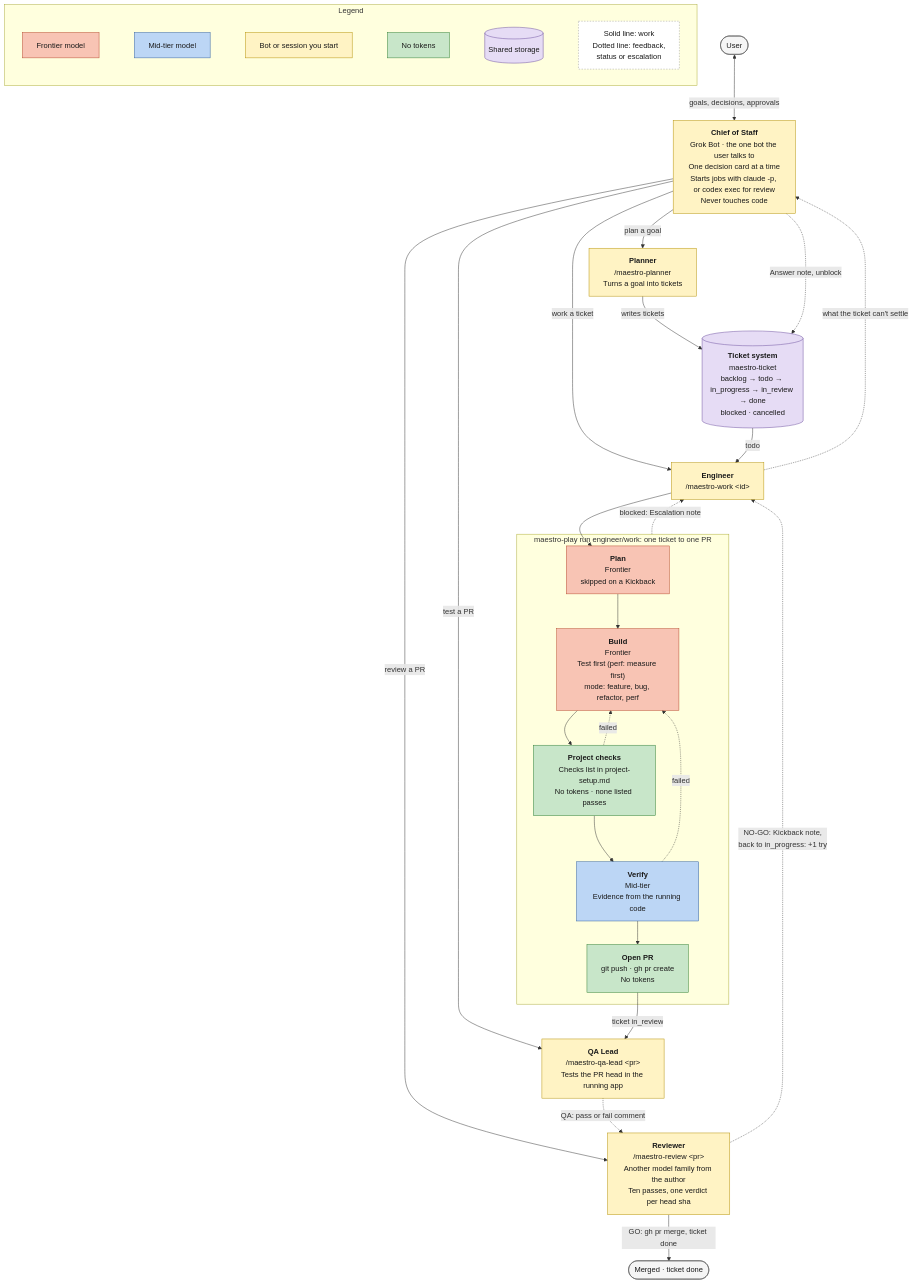
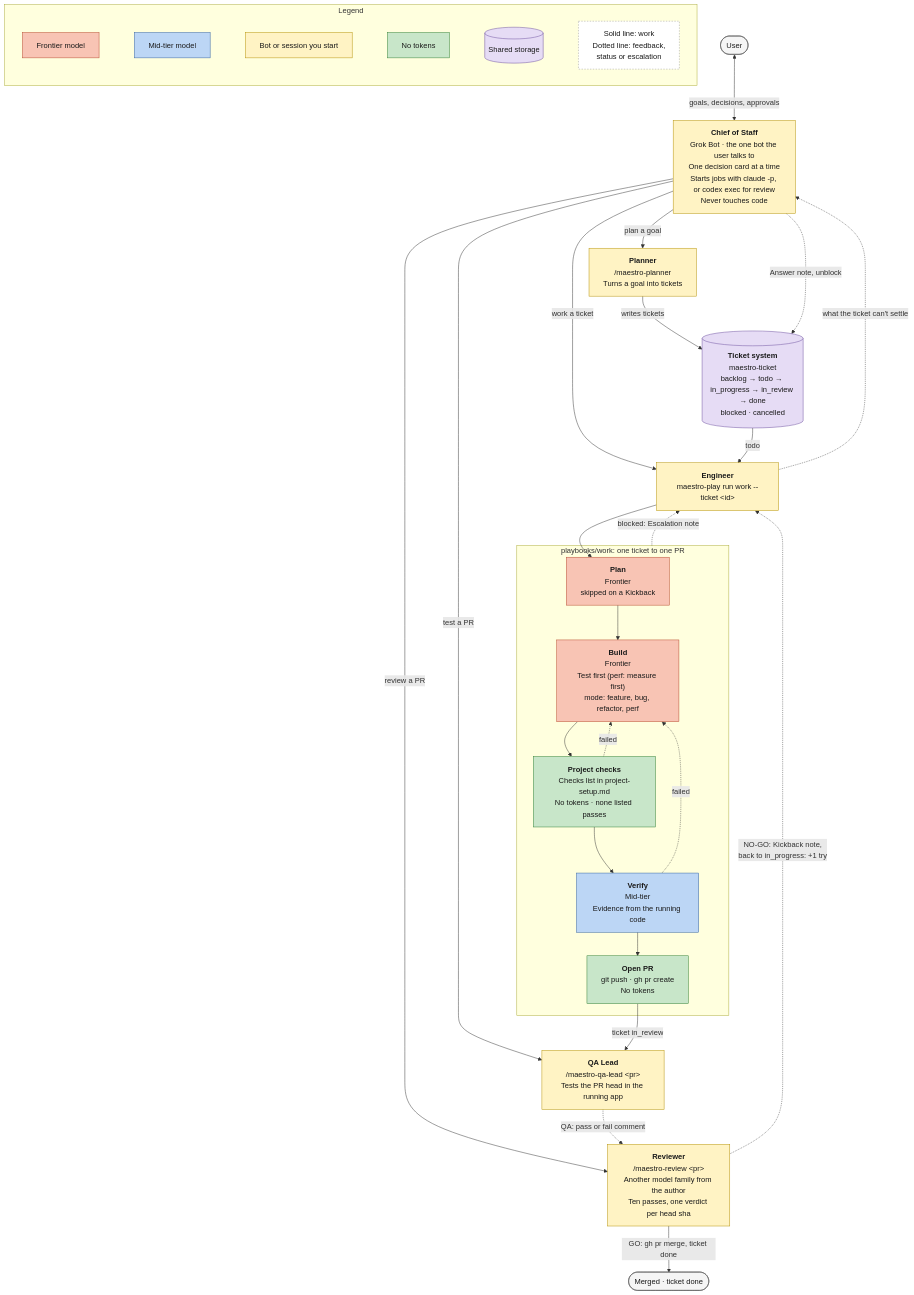
The diagram in docs/team.mermaid (ProlesDei/maestro), drawn with Mermaid before and after one commit. The commit also changed 75 other files, not shown here.

```diff
--- a/docs/team.mermaid
+++ b/docs/team.mermaid
@@ -1,70 +1,70 @@
 flowchart TD
     User([User])
 
     CoS["<b>Chief of Staff</b><br/>Grok Bot · the one bot the user talks to<br/>One decision card at a time<br/>Starts jobs with claude -p, or codex exec for review<br/>Never touches code"]
     Planner["<b>Planner</b><br/>/maestro-planner<br/>Turns a goal into tickets"]
     Tickets[("<b>Ticket system</b><br/>maestro-ticket<br/>backlog → todo → in_progress → in_review → done<br/>blocked · cancelled")]
 
-    Eng["<b>Engineer</b><br/>/maestro-work &lt;id&gt;"]
+    Eng["<b>Engineer</b><br/>maestro-play run work --ticket &lt;id&gt;"]
 
-    subgraph Work ["maestro-play run engineer/work: one ticket to one PR"]
+    subgraph Work ["playbooks/work: one ticket to one PR"]
         Plan["<b>Plan</b><br/>Frontier<br/>skipped on a Kickback"]
         Build["<b>Build</b><br/>Frontier<br/>Test first (perf: measure first)<br/>mode: feature, bug, refactor, perf"]
         Checks["<b>Project checks</b><br/>Checks list in project-setup.md<br/>No tokens · none listed passes"]
         Verify["<b>Verify</b><br/>Mid-tier<br/>Evidence from the running code"]
         PR["<b>Open PR</b><br/>git push · gh pr create<br/>No tokens"]
     end
 
     QA["<b>QA Lead</b><br/>/maestro-qa-lead &lt;pr&gt;<br/>Tests the PR head in the running app"]
     Rev["<b>Reviewer</b><br/>/maestro-review &lt;pr&gt;<br/>Another model family from the author<br/>Ten passes, one verdict per head sha"]
     Done([Merged · ticket done])
 
     %% User and Chief of Staff
     User <-->|"goals, decisions, approvals"| CoS
 
     %% The Chief of Staff starts each job
     CoS -->|"plan a goal"| Planner
     CoS -->|"work a ticket"| Eng
     CoS -->|"test a PR"| QA
     CoS -->|"review a PR"| Rev
 
     %% Planning
     Planner -->|"writes tickets"| Tickets
     Tickets -->|"todo"| Eng
 
     %% Build
     Eng --> Plan --> Build --> Checks --> Verify --> PR
     Checks -.->|"failed"| Build
     Verify -.->|"failed"| Build
     Work -.->|"blocked: Escalation note"| Eng
     Eng -.->|"what the ticket can't settle"| CoS
     CoS -.->|"Answer note, unblock"| Tickets
 
     %% Test and review
     PR -->|"ticket in_review"| QA
     QA -.->|"QA: pass or fail comment"| Rev
     Rev -->|"GO: gh pr merge, ticket done"| Done
     Rev -.->|"NO-GO: Kickback note,<br/>back to in_progress: +1 try"| Eng
 
     %% Legend
     subgraph Legend ["Legend"]
         direction LR
         L1["Frontier model"] ~~~ L2["Mid-tier model"] ~~~ L6["Bot or session you start"] ~~~ L3["No tokens"] ~~~ L4[("Shared storage")] ~~~ L5["Solid line: work<br/>Dotted line: feedback,<br/>status or escalation"]
     end
 
     %% Styles by cost tier
     classDef frontier fill:#f8c4b4,stroke:#b5472b,color:#1a1a1a
     classDef mid fill:#bcd6f5,stroke:#2f5f9e,color:#1a1a1a
     classDef free fill:#c8e6c9,stroke:#2e7d32,color:#1a1a1a
     classDef storage fill:#e6dcf5,stroke:#6a4c9c,color:#1a1a1a
     classDef person fill:#f5f5f5,stroke:#555,color:#1a1a1a
     classDef bot fill:#fff3c4,stroke:#b38f00,color:#1a1a1a
     classDef note fill:#ffffff,stroke:#999,color:#1a1a1a,stroke-dasharray:3 3
 
     class Plan,Build,L1 frontier
     class Verify,L2 mid
     class Checks,PR,L3 free
     class Tickets,L4 storage
     class User,Done person
     class CoS,Planner,Eng,QA,Rev,L6 bot
     class L5 note
```
